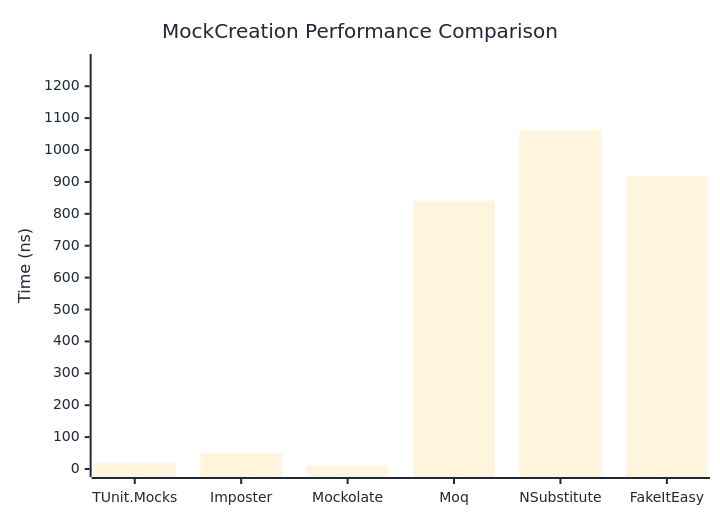
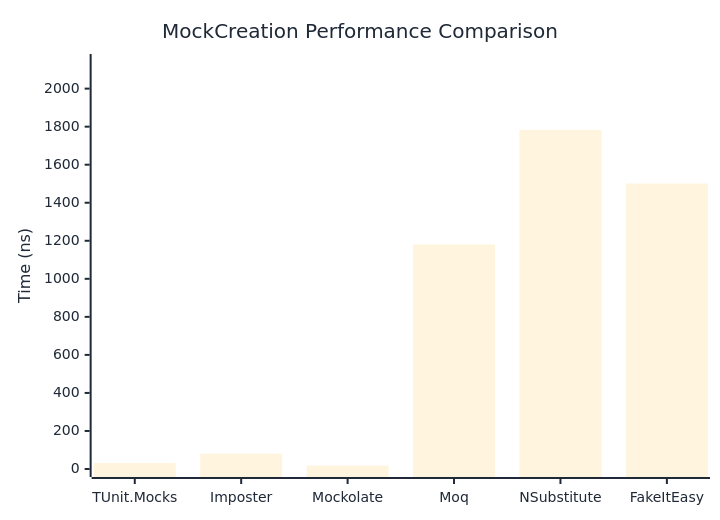
The first of 2 diagrams in docs/docs/benchmarks/mocks/MockCreation.md (thomhurst/TUnit), drawn with Mermaid before and after one commit. The commit also changed other lines of this file and 14 other files, not shown here.

````diff
--- a/docs/docs/benchmarks/mocks/MockCreation.md
+++ b/docs/docs/benchmarks/mocks/MockCreation.md
@@ -30,27 +30,27 @@
 ```mermaid
 %%{init: {
   'theme':'base',
   'themeVariables': {
     'primaryColor': '#2563eb',
     'primaryTextColor': '#1f2937',
     'primaryBorderColor': '#1e40af',
     'lineColor': '#6b7280',
     'secondaryColor': '#7c3aed',
     'tertiaryColor': '#dc2626',
     'background': '#ffffff',
     'pie1': '#2563eb',
     'pie2': '#7c3aed',
     'pie3': '#dc2626',
     'pie4': '#f59e0b',
     'pie5': '#10b981',
     'pie6': '#06b6d4',
     'pie7': '#ec4899',
     'pie8': '#6366f1'
   }
 }}%%
 xychart-beta
   title "MockCreation Performance Comparison"
   x-axis ["TUnit.Mocks", "Imposter", "Mockolate", "Moq", "NSubstitute", "FakeItEasy"]
-  y-axis "Time (ns)" 0 --> 1276
-  bar [18.56, 50.56, 11.31, 841.12, 1062.91, 919.59]
+  y-axis "Time (ns)" 0 --> 2140
+  bar [30.68, 80.68, 17.98, 1180.14, 1782.99, 1501.09]
 ```
````
